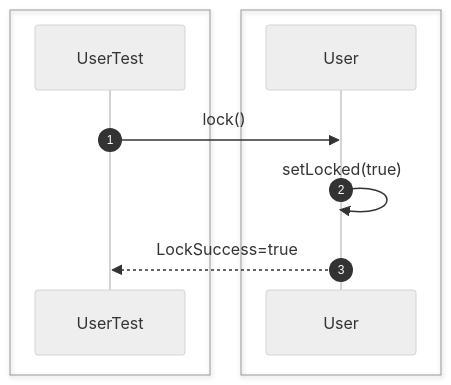
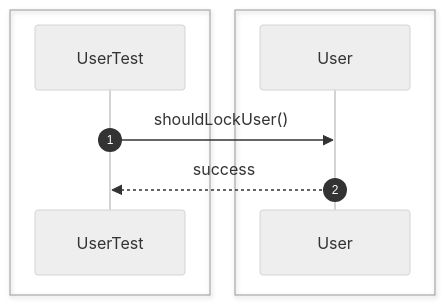
Before and after one commit to Huy1801214/dbms-architecture: diagram 13 of 35 in src/sequence/security.md, drawn with Mermaid (neutral theme). The commit also changed other lines of this file and 68 other files, not shown here.

Commit message:
implement comprehensive unit test suite and architectural sequence documentation

````diff
--- a/src/sequence/security.md
+++ b/src/sequence/security.md
@@ -237,15 +188,13 @@
 ```mermaid
 sequenceDiagram
     autonumber
-
     box #e1f5fe Test Suite
     participant Test as UserTest
     end
-    box #e3f2fd Security Components
-    participant User as User
+    box #e3f2fd User Component
+    participant U as User
     end
 
-    Test->>User: lock()
-    User->>User: setLocked(true)
-    User-->>Test: LockSuccess=true
+    Test->>U: shouldLockUser()
+    U-->>Test: success
 ```
````
